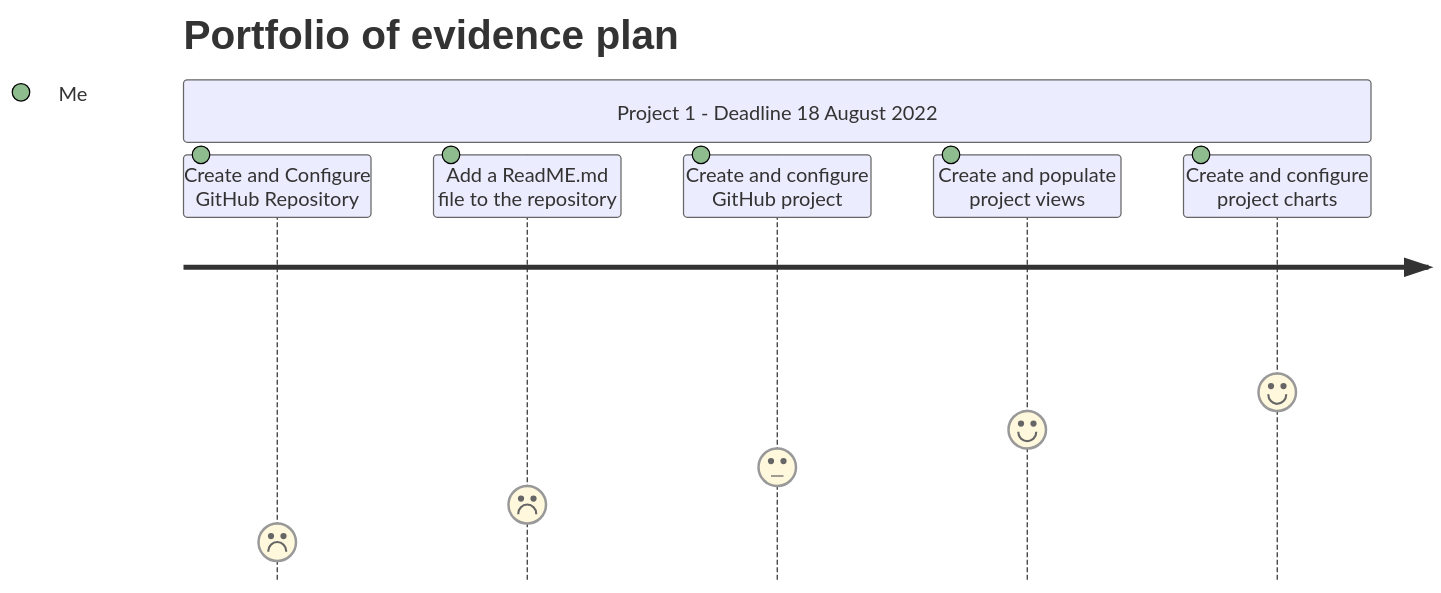
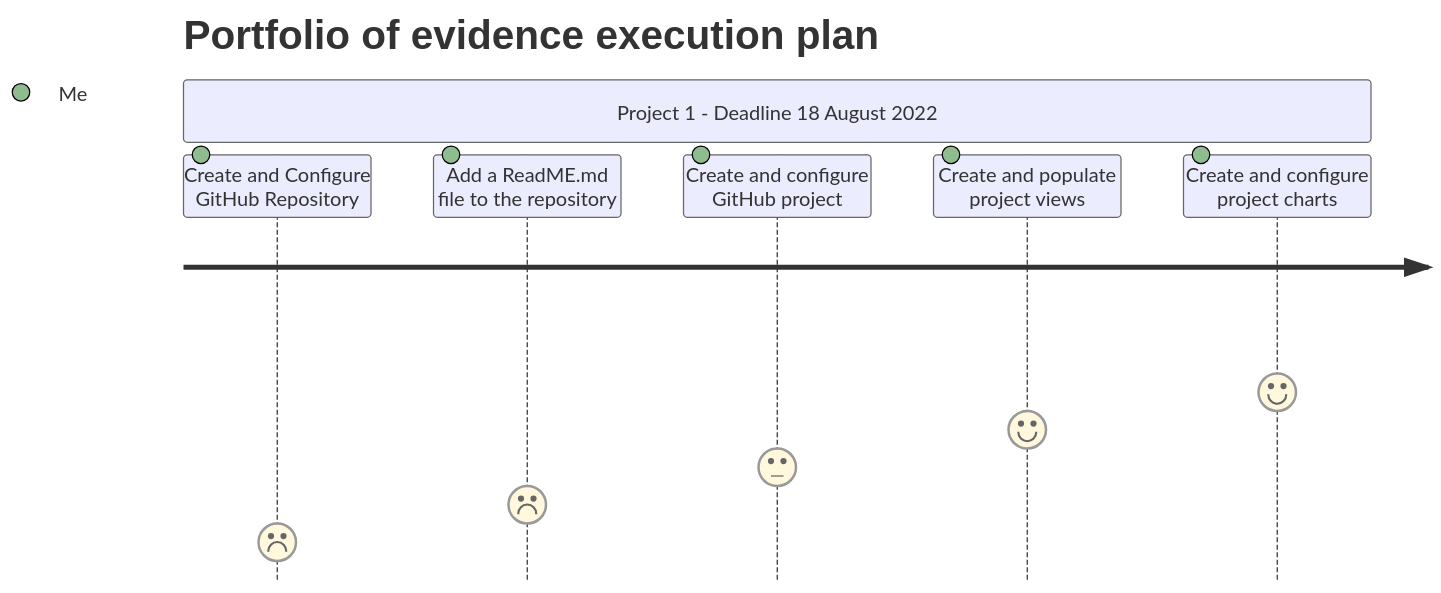
One commit to 36309915/CMPG-323-Overview---36309915 changed the diagram in README.md. Above: the diagram before and after it, drawn with Mermaid. The commit also changed other lines of this file, not shown here.

````diff
--- a/README.md
+++ b/README.md
@@ -27,16 +27,16 @@
 ```mermaid
 journey
-	title Portfolio of evidence plan
+	title Portfolio of evidence execution plan
 	section Project 1 - Deadline 18 August 2022
 		Create and Configure GitHub Repository: 1: Me
 		Add a ReadME.md file to the repository: 2: Me
 	 Create and configure GitHub project: 3: Me
   Create and populate project views: 4: Me
   Create and configure project charts: 5: Me
 	section Project 2 - Deadline 8 September 2022
 	section Project 3 - Deadline 29 September 2022
  section Project 4 - Deadline 20 October 2022
  section Project 5 - Deadline 3 November 2022
  section Project 6 - EXAM (POE) - Deadline 18 November 2022
 
 ```
````
